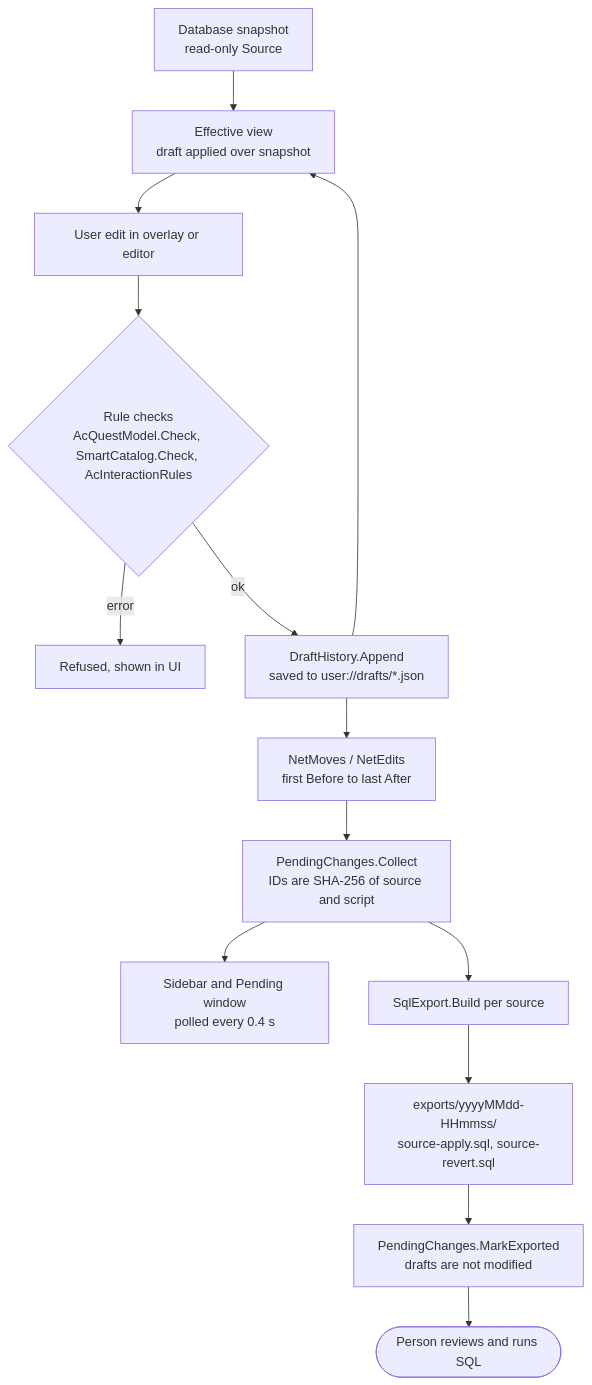
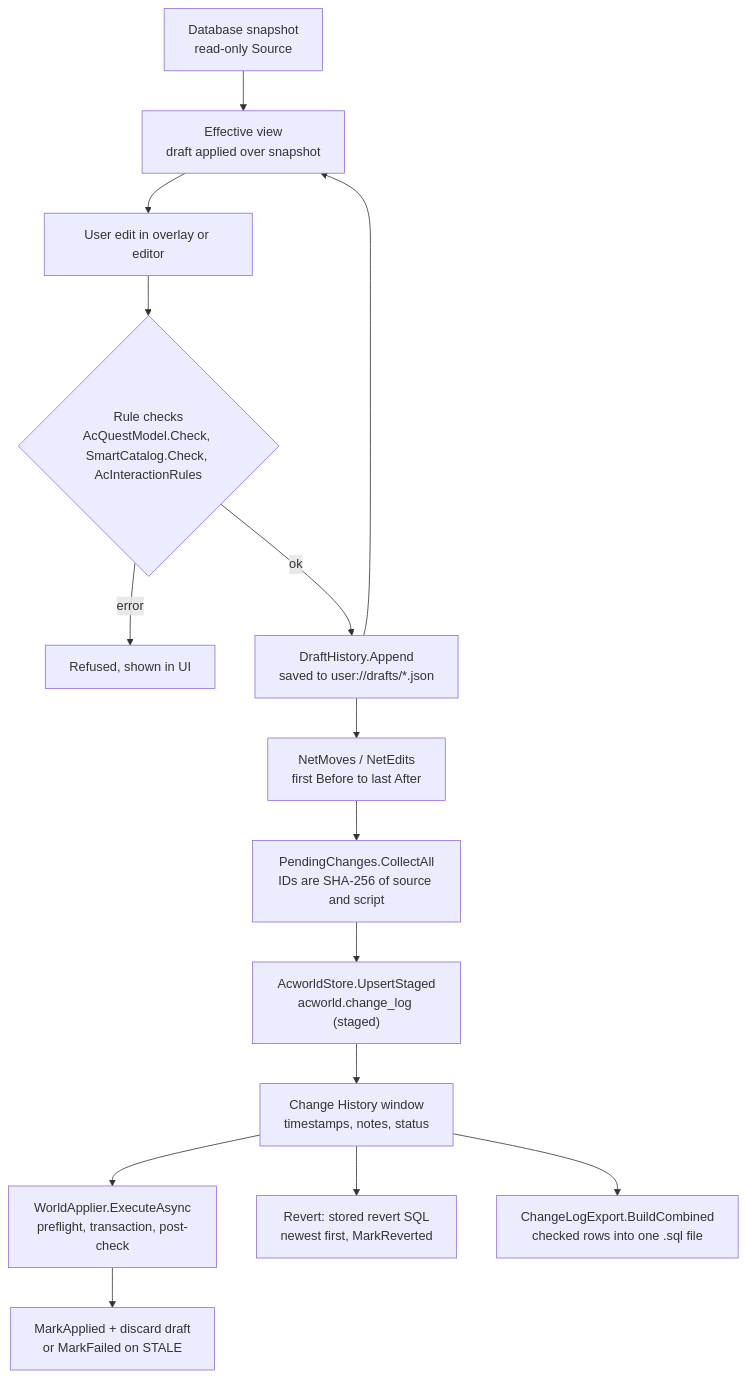
One commit to glitterfartz/ac-world-edit changed the second of 2 diagrams in docs/architecture/editing-and-export.md. Above: the diagram before and after it, drawn with Mermaid. The commit also changed other lines of this file and 24 other files, not shown here.

Commit message:
feat(history): replace file SQL export with tracked acworld change log

````diff
--- a/docs/architecture/editing-and-export.md
+++ b/docs/architecture/editing-and-export.md
@@ -112,16 +117,17 @@
 ```mermaid
 flowchart TB
     snap["Database snapshot<br/>read-only Source"] --> eff["Effective view<br/>draft applied over snapshot"]
     eff --> edit["User edit in overlay or editor"]
     edit --> rule{"Rule checks<br/>AcQuestModel.Check, SmartCatalog.Check, AcInteractionRules"}
     rule -->|error| refuse["Refused, shown in UI"]
     rule -->|ok| hist["DraftHistory.Append<br/>saved to user://drafts/*.json"]
     hist --> eff
     hist --> net["NetMoves / NetEdits<br/>first Before to last After"]
-    net --> pend["PendingChanges.Collect<br/>IDs are SHA-256 of source and script"]
-    pend --> poll["Sidebar and Pending window<br/>polled every 0.4 s"]
-    pend --> build["SqlExport.Build per source"]
-    build --> files["exports/yyyyMMdd-HHmmss/<br/>source-apply.sql, source-revert.sql"]
-    files --> mark["PendingChanges.MarkExported<br/>drafts are not modified"]
-    mark --> person(["Person reviews and runs SQL"])
+    net --> pend["PendingChanges.CollectAll<br/>IDs are SHA-256 of source and script"]
+    pend --> stage["AcworldStore.UpsertStaged<br/>acworld.change_log (staged)"]
+    stage --> window["Change History window<br/>timestamps, notes, status"]
+    window --> apply["WorldApplier.ExecuteAsync<br/>preflight, transaction, post-check"]
+    apply --> applied["MarkApplied + discard draft<br/>or MarkFailed on STALE"]
+    window --> revert["Revert: stored revert SQL<br/>newest first, MarkReverted"]
+    window --> export["ChangeLogExport.BuildCombined<br/>checked rows into one .sql file"]
 ```
````
